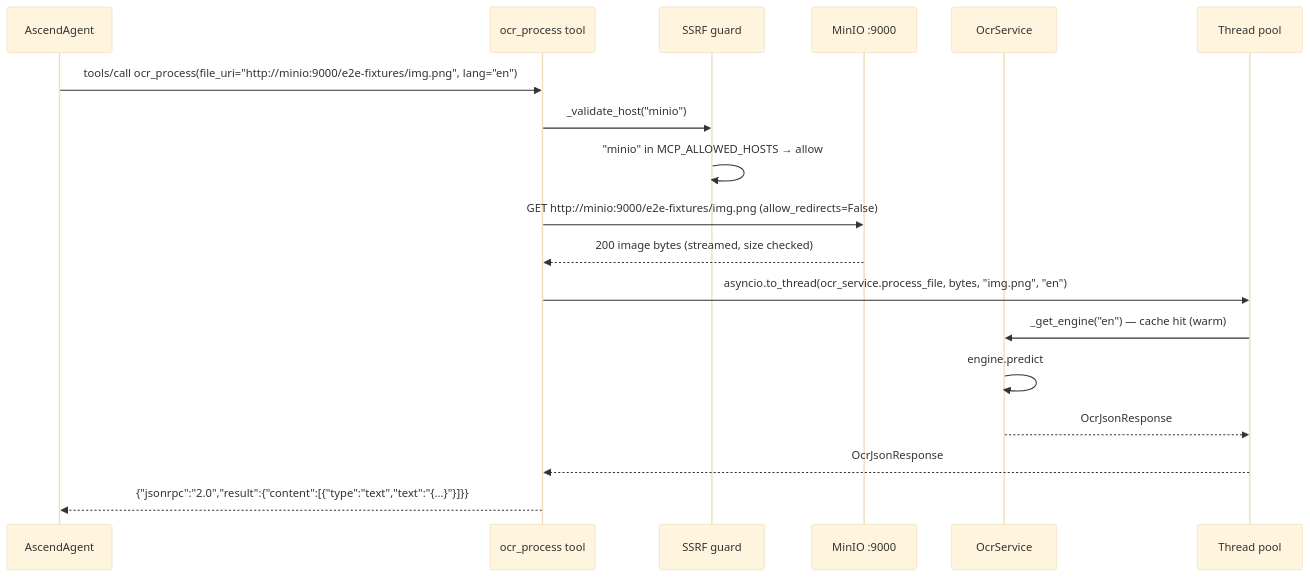
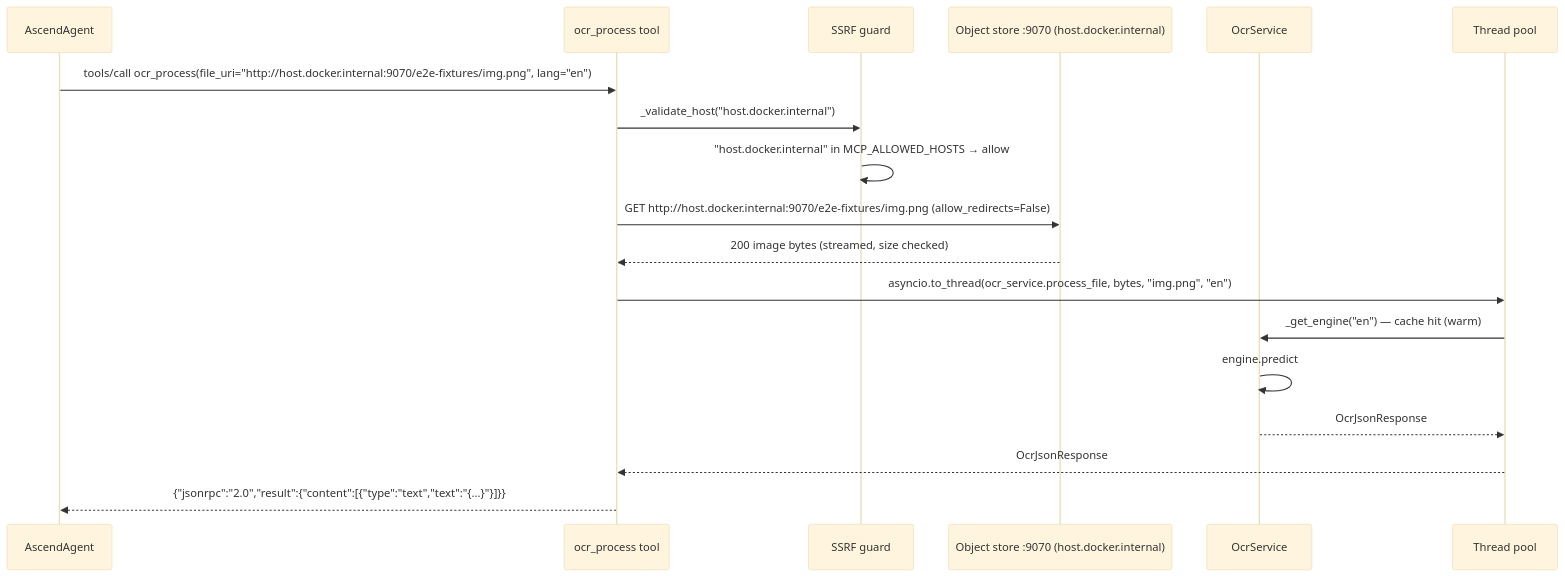
One commit to Lukk17/AscendAI changed the third of 3 diagrams in PaddleOCR/docs/architecture/arc42/06-runtime-view.md. Above: the diagram before and after it, drawn with Mermaid (base theme). The commit also changed other lines of this file and 207 other files, not shown here.

First line of the commit message:
feat(storage): replace MinIO with Floci as the local object store

````diff
--- a/PaddleOCR/docs/architecture/arc42/06-runtime-view.md
+++ b/PaddleOCR/docs/architecture/arc42/06-runtime-view.md
@@ -57,21 +57,21 @@
 ```mermaid
 sequenceDiagram
     participant Agent as AscendAgent
     participant MCP as ocr_process tool
     participant Guard as SSRF guard
-    participant MinIO as MinIO :9000
+    participant ObjectStore as Object store :9070 (host.docker.internal)
     participant OcrSvc as OcrService
     participant Thread as Thread pool
 
-    Agent->>MCP: tools/call ocr_process(file_uri="http://minio:9000/e2e-fixtures/img.png", lang="en")
-    MCP->>Guard: _validate_host("minio")
-    Guard->>Guard: "minio" in MCP_ALLOWED_HOSTS → allow
-    MCP->>MinIO: GET http://minio:9000/e2e-fixtures/img.png (allow_redirects=False)
-    MinIO-->>MCP: 200 image bytes (streamed, size checked)
+    Agent->>MCP: tools/call ocr_process(file_uri="http://host.docker.internal:9070/e2e-fixtures/img.png", lang="en")
+    MCP->>Guard: _validate_host("host.docker.internal")
+    Guard->>Guard: "host.docker.internal" in MCP_ALLOWED_HOSTS → allow
+    MCP->>ObjectStore: GET http://host.docker.internal:9070/e2e-fixtures/img.png (allow_redirects=False)
+    ObjectStore-->>MCP: 200 image bytes (streamed, size checked)
     MCP->>Thread: asyncio.to_thread(ocr_service.process_file, bytes, "img.png", "en")
     Thread->>OcrSvc: _get_engine("en") — cache hit (warm)
     OcrSvc->>OcrSvc: engine.predict
     OcrSvc-->>Thread: OcrJsonResponse
     Thread-->>MCP: OcrJsonResponse
     MCP-->>Agent: {"jsonrpc":"2.0","result":{"content":[{"type":"text","text":"{...}"}]}}
 ```
````
